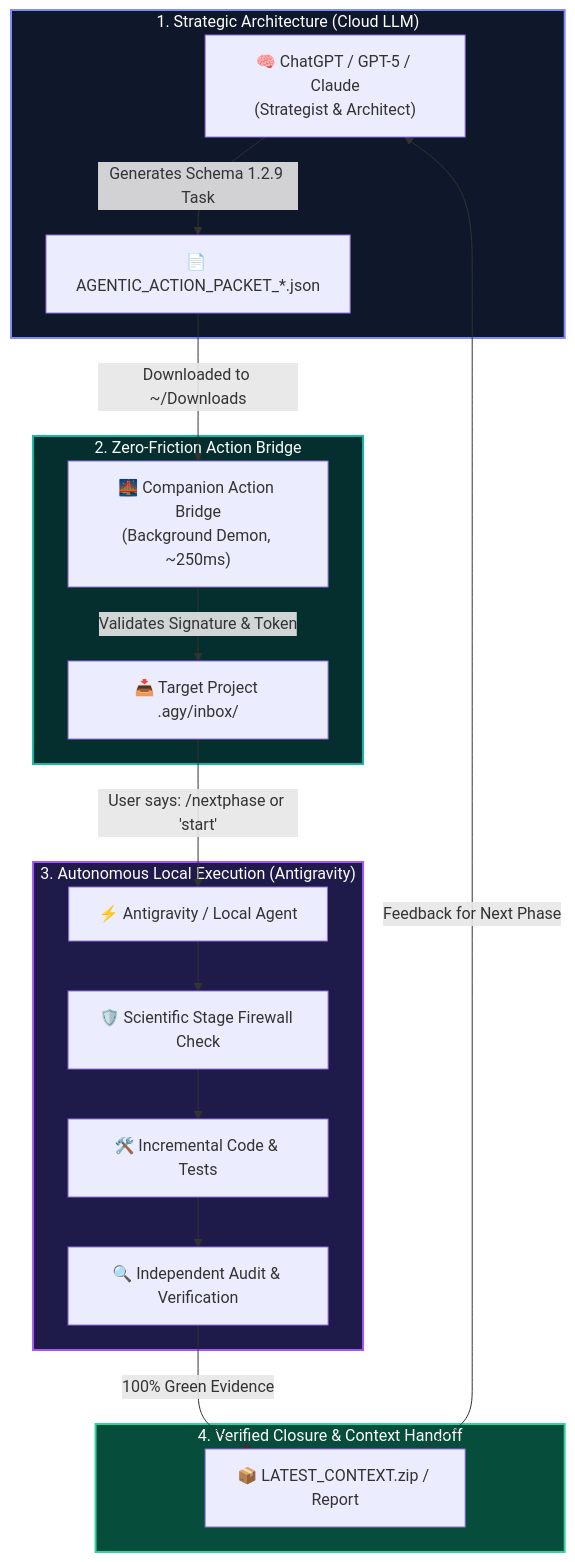
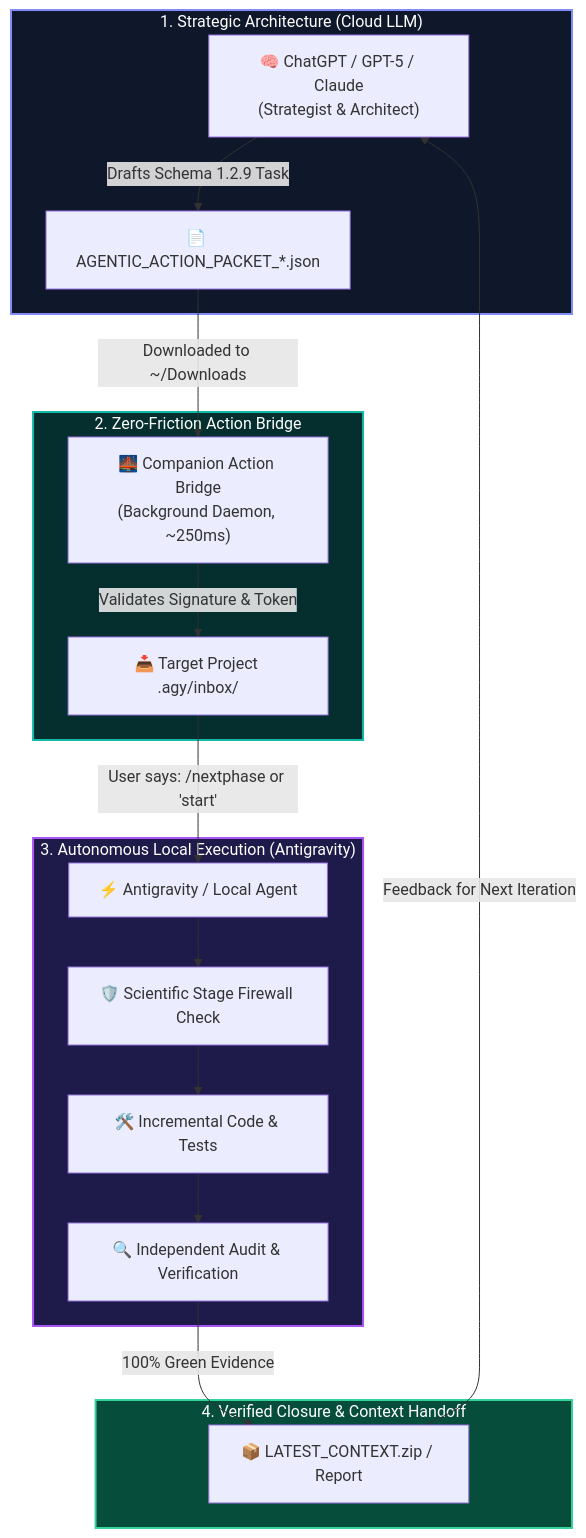
Before and after one commit to 0xAgentive/agentic-pipeline: the diagram in README.md, drawn with Mermaid. The commit also changed other lines of this file and 13 other files, not shown here.

Commit message:
docs(meta): feature Handoff-Driven Development architecture and 2-minute bare Antigravity setup

````diff
--- a/README.md
+++ b/README.md
@@ -47,28 +78,28 @@
 ```mermaid
 flowchart TD
     subgraph Strat["1. Strategic Architecture (Cloud LLM)"]
-        A["🧠 ChatGPT / GPT-5 / Claude<br/>(Strategist & Architect)"] -->|"Generates Schema 1.2.9 Task"| B["📄 AGENTIC_ACTION_PACKET_*.json"]
+        A["🧠 ChatGPT / GPT-5 / Claude<br/>(Strategist & Architect)"] -->|"Drafts Schema 1.2.9 Task"| B["📄 AGENTIC_ACTION_PACKET_*.json"]
     end
 
     subgraph Bridge["2. Zero-Friction Action Bridge"]
-        B -->|"Downloaded to ~/Downloads"| C["🌉 Companion Action Bridge<br/>(Background Demon, ~250ms)"]
+        B -->|"Downloaded to ~/Downloads"| C["🌉 Companion Action Bridge<br/>(Background Daemon, ~250ms)"]
         C -->|"Validates Signature & Token"| D["📥 Target Project .agy/inbox/"]
     end
 
     subgraph Exec["3. Autonomous Local Execution (Antigravity)"]
         D -->|"User says: /nextphase or 'start'"| E["⚡ Antigravity / Local Agent"]
         E --> F["🛡️ Scientific Stage Firewall Check"]
         F --> G["🛠️ Incremental Code & Tests"]
         G --> H["🔍 Independent Audit & Verification"]
     end
 
     subgraph Handoff["4. Verified Closure & Context Handoff"]
         H -->|"100% Green Evidence"| I["📦 LATEST_CONTEXT.zip / Report"]
-        I -->|"Feedback for Next Phase"| A
+        I -->|"Feedback for Next Iteration"| A
     end
 
     style Strat fill:#0f172a,stroke:#818cf8,stroke-width:2px,color:#fff
     style Bridge fill:#042f2e,stroke:#14b8a6,stroke-width:2px,color:#fff
     style Exec fill:#1e1b4b,stroke:#a855f7,stroke-width:2px,color:#fff
     style Handoff fill:#064e3b,stroke:#34d399,stroke-width:2px,color:#fff
 ```
````
